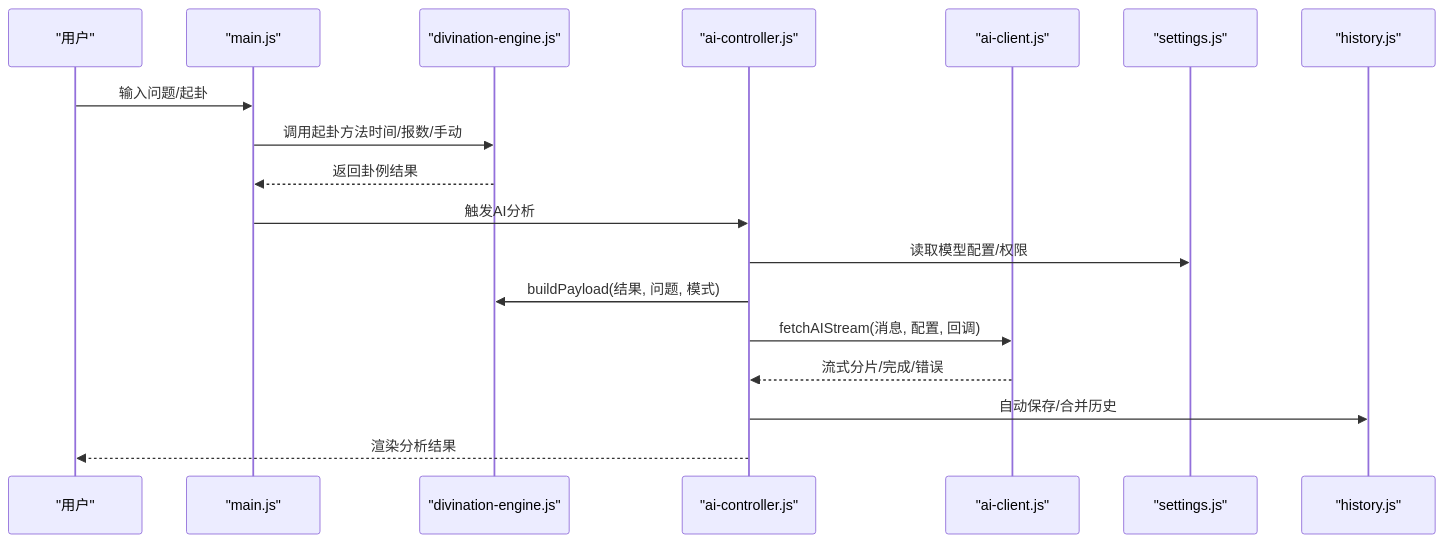
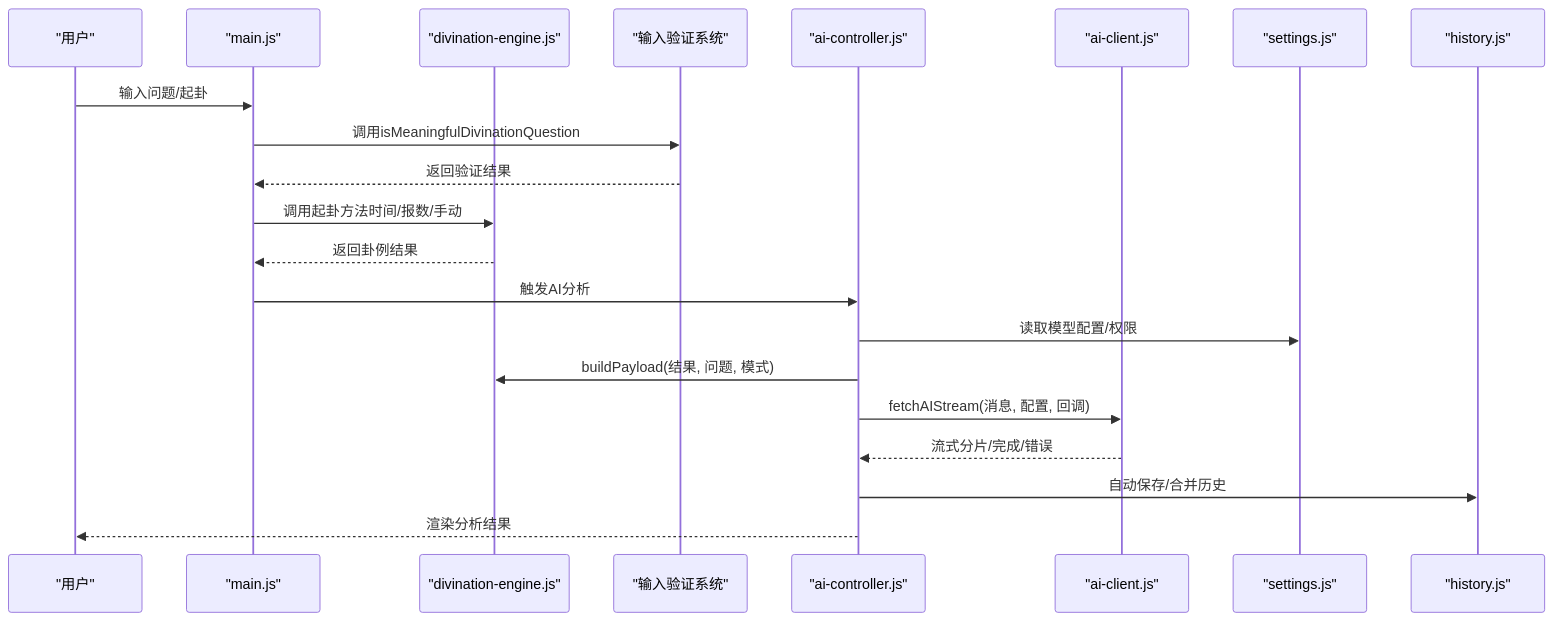
Before and after one commit to ghg618-ui/meihuayili-3.8: the second of 7 diagrams in .qoder/repowiki/zh/content/核心模块/核心模块.md, drawn with Mermaid. The commit also changed other lines of this file and 4 other files, not shown here.

````diff
--- a/.qoder/repowiki/zh/content/核心模块/核心模块.md
+++ b/.qoder/repowiki/zh/content/核心模块/核心模块.md
@@ -123,20 +144,23 @@
 ```mermaid
 sequenceDiagram
 participant U as "用户"
 participant M as "main.js"
 participant D as "divination-engine.js"
+participant V as "输入验证系统"
 participant AC as "ai-controller.js"
 participant AIC as "ai-client.js"
 participant S as "settings.js"
 participant H as "history.js"
 U->>M : 输入问题/起卦
+M->>V : 调用isMeaningfulDivinationQuestion
+V-->>M : 返回验证结果
 M->>D : 调用起卦方法时间/报数/手动
 D-->>M : 返回卦例结果
 M->>AC : 触发AI分析
 AC->>S : 读取模型配置/权限
 AC->>D : buildPayload(结果, 问题, 模式)
 AC->>AIC : fetchAIStream(消息, 配置, 回调)
 AIC-->>AC : 流式分片/完成/错误
 AC->>H : 自动保存/合并历史
 AC-->>U : 渲染分析结果
 ```
````
